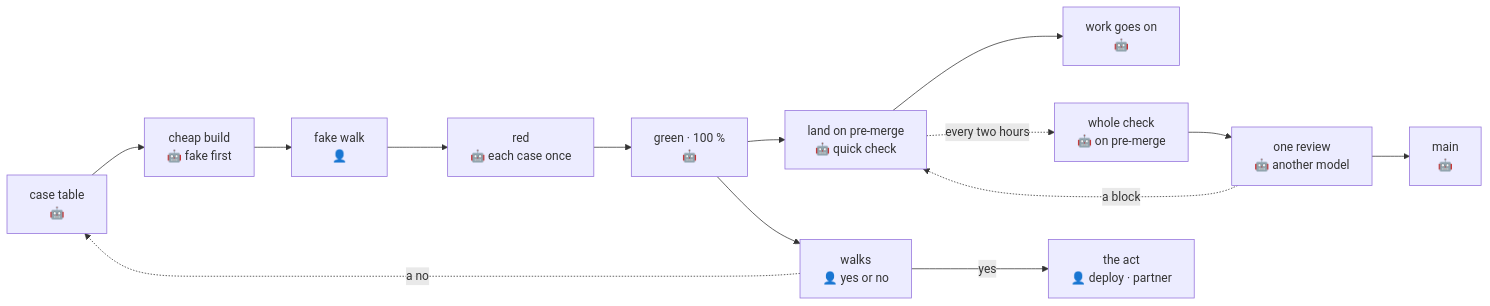
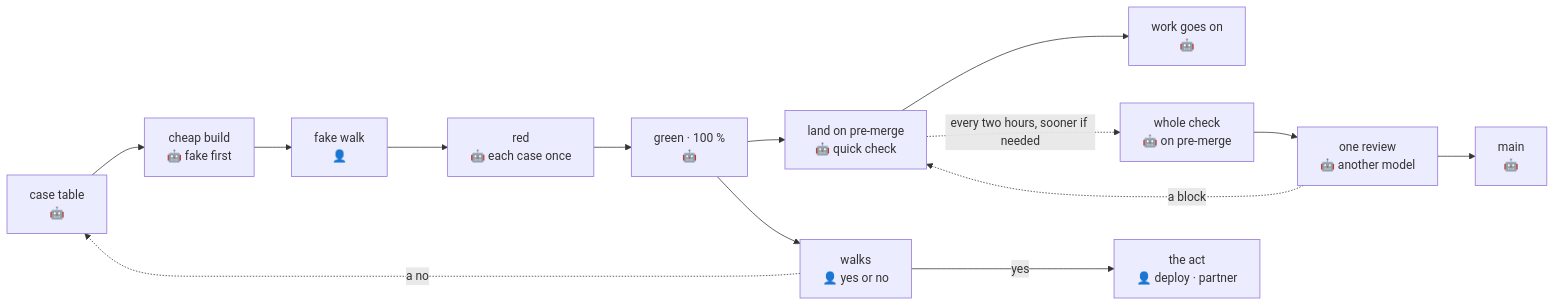
The diagram in docs/conventions/qa.md (ancJ29/credo), drawn with Mermaid before and after one commit. The commit also changed other lines of this file and 1 other file, not shown here.

Commit message:
docs(qa): the whole check may run before its two hours when really needed and the machine is free

````diff
--- a/docs/conventions/qa.md
+++ b/docs/conventions/qa.md
@@ -17,15 +17,15 @@
 ```mermaid
 flowchart LR
   table["case table<br/>🤖"] --> cheap["cheap build<br/>🤖 fake first"]
   cheap --> look["fake walk<br/>👤"] --> red["red<br/>🤖 each case once"]
   red --> green["green · 100 %<br/>🤖"]
   green --> merge["land on pre-merge<br/>🤖 quick check"]
   merge --> on["work goes on<br/>🤖"]
-  merge -. every two hours .-> whole["whole check<br/>🤖 on pre-merge"]
+  merge -. every two hours, sooner if needed .-> whole["whole check<br/>🤖 on pre-merge"]
   whole --> review["one review<br/>🤖 another model"]
   review --> main["main<br/>🤖"]
   green --> walks["walks<br/>👤 yes or no"]
   walks -- yes --> act["the act<br/>👤 deploy · partner"]
   review -. a block .-> merge
   walks -. a no .-> table
 ```
````
